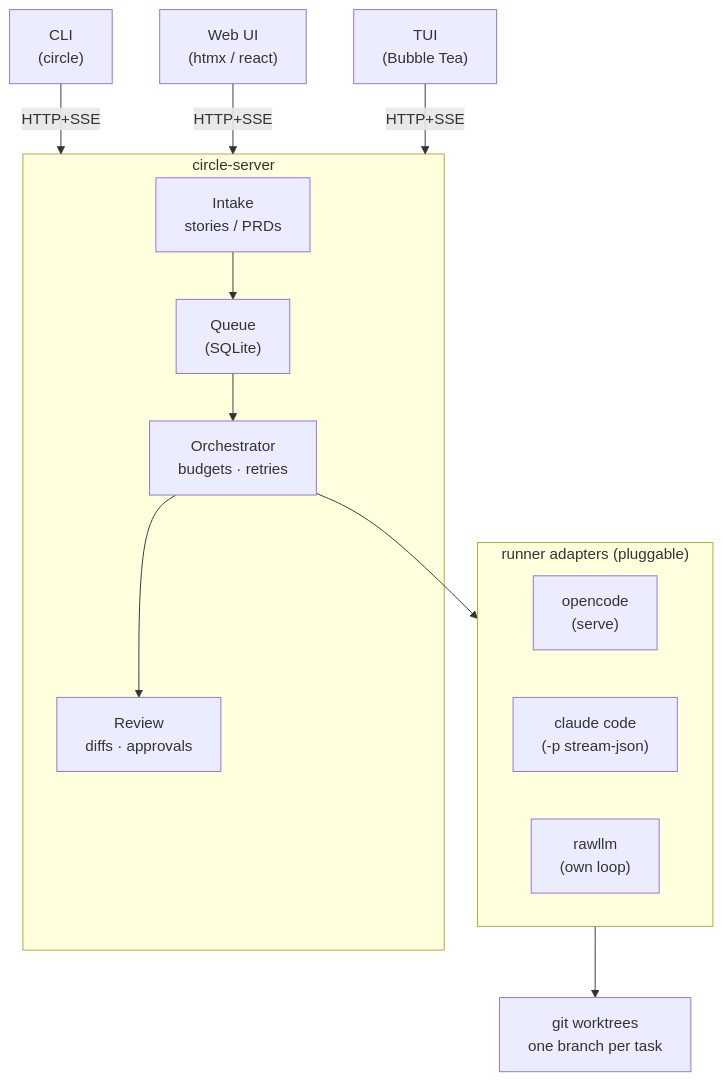
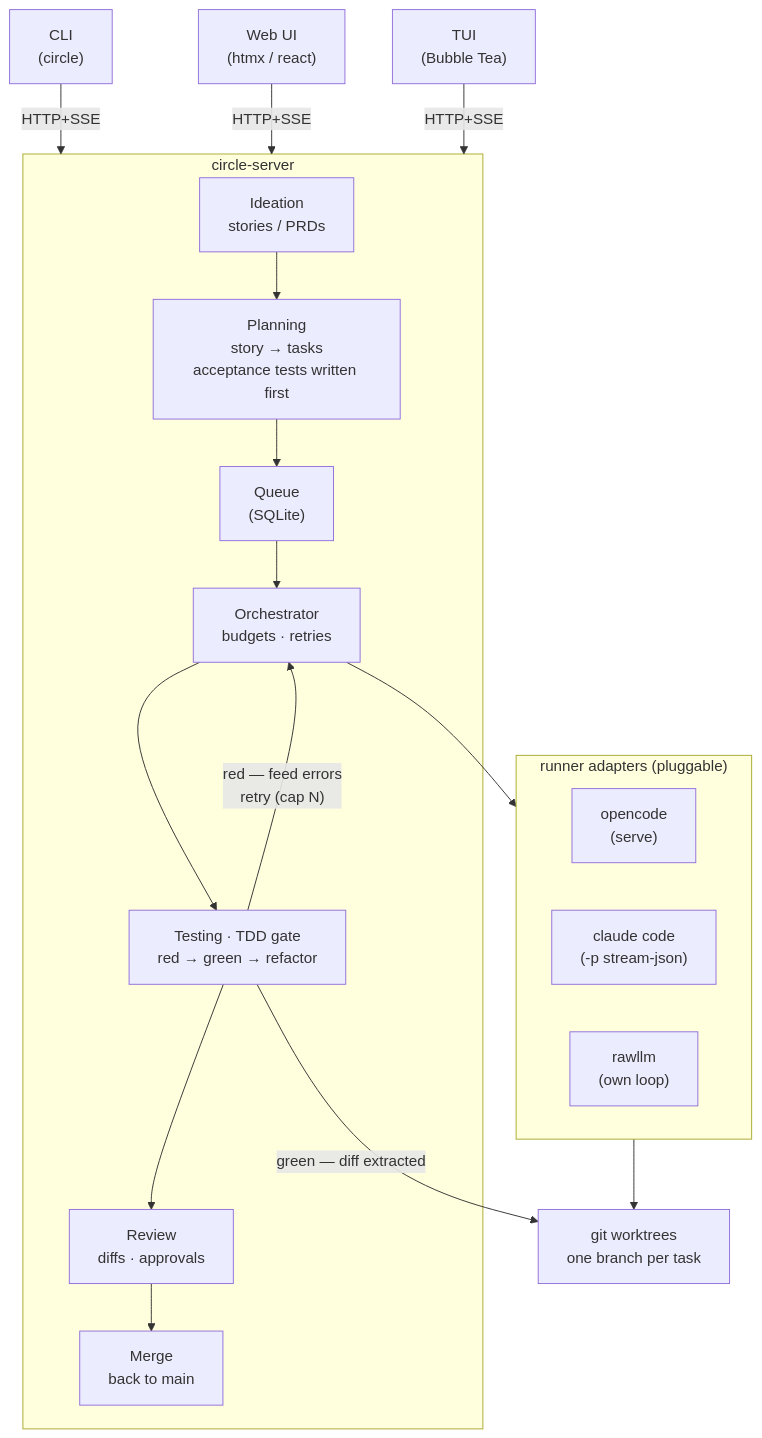
The diagram in README.md (jalusw/circle), drawn with Mermaid before and after one commit. The commit also changed other lines of this file and 3 other files, not shown here.

````diff
--- a/README.md
+++ b/README.md
@@ -8,28 +9,33 @@
 ```mermaid
 flowchart TB
     Web["Web UI<br/>(htmx / react)"]
     TUI["TUI<br/>(Bubble Tea)"]
     CLI["CLI<br/>(circle)"]
 
     subgraph Server["circle-server"]
-        Intake["Intake<br/>stories / PRDs"]
+        Intake["Ideation<br/>stories / PRDs"]
+        Plan["Planning<br/>story → tasks<br/>acceptance tests written first"]
         Queue["Queue<br/>(SQLite)"]
         Orch["Orchestrator<br/>budgets · retries"]
+        Test["Testing · TDD gate<br/>red → green → refactor"]
         Review["Review<br/>diffs · approvals"]
-        Intake --> Queue --> Orch --> Review
+        Merge["Merge<br/>back to main"]
+        Intake --> Plan --> Queue --> Orch --> Test --> Review --> Merge
+        Test -->|"red — feed errors<br/>retry (cap N)"| Orch
     end
 
     subgraph Runners["runner adapters (pluggable)"]
         OC["opencode<br/>(serve)"]
         CC["claude code<br/>(-p stream-json)"]
         RAW["rawllm<br/>(own loop)"]
     end
 
     Worktrees["git worktrees<br/>one branch per task"]
 
     CLI -->|HTTP+SSE| Server
     Web -->|HTTP+SSE| Server
     TUI -->|HTTP+SSE| Server
     Orch --> Runners
     Runners --> Worktrees
+    Test -->|"green — diff extracted"| Worktrees
 ```
````
